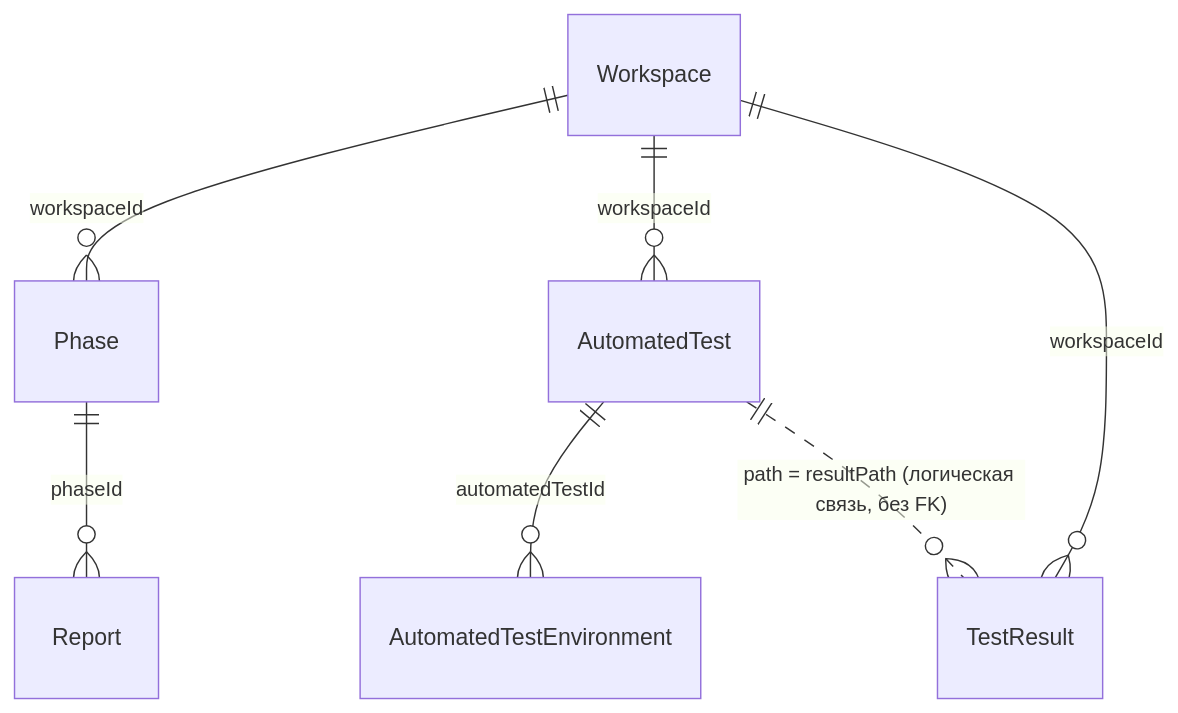
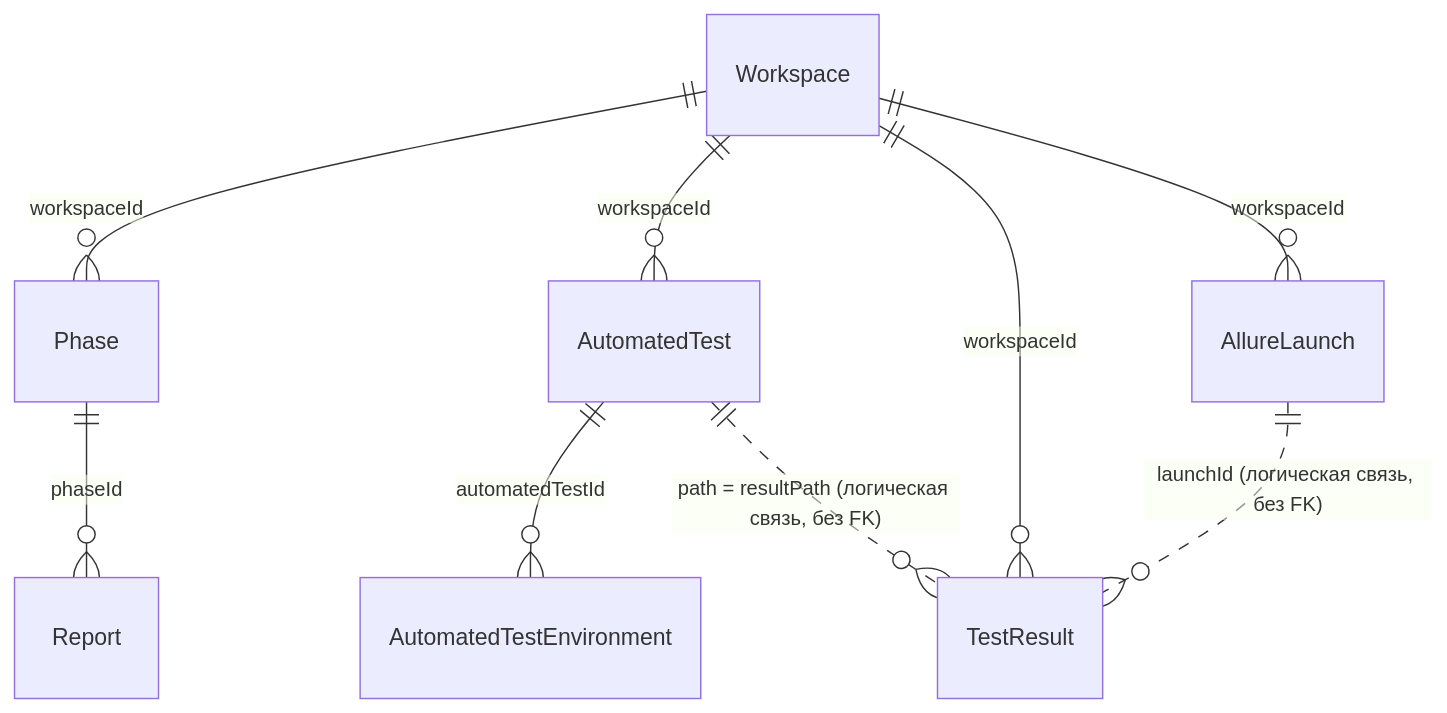
The diagram in docs/06-data-model.md (a2kat322-lgtm/ReporterForAutotests), drawn with Mermaid before and after one commit. The commit also changed other lines of this file and 34 other files, not shown here.

````diff
--- a/docs/06-data-model.md
+++ b/docs/06-data-model.md
@@ -8,9 +8,11 @@
 ```mermaid
 erDiagram
     Workspace ||--o{ Phase : "workspaceId"
     Workspace ||--o{ AutomatedTest : "workspaceId"
     Workspace ||--o{ TestResult : "workspaceId"
+    Workspace ||--o{ AllureLaunch : "workspaceId"
     Phase ||--o{ Report : "phaseId"
     AutomatedTest ||--o{ AutomatedTestEnvironment : "automatedTestId"
     AutomatedTest ||..o{ TestResult : "path = resultPath (логическая связь, без FK)"
+    AllureLaunch ||..o{ TestResult : "launchId (логическая связь, без FK)"
 ```
````
